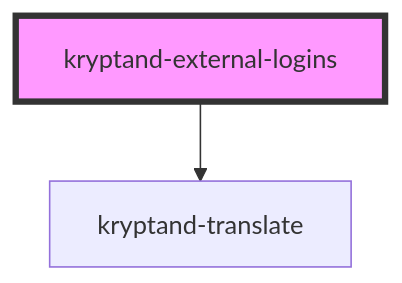
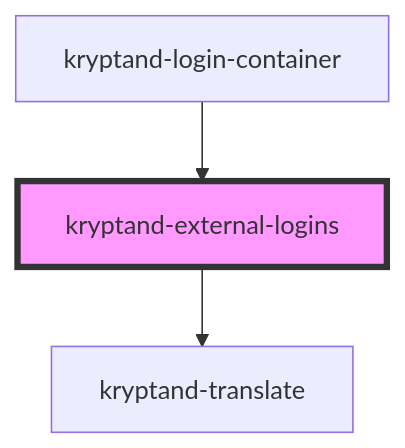
One commit to Kryptand/authentication changed the diagram in libs/web/authentication/shared/ui/src/components/external-logins/readme.md. Above: the diagram before and after it, drawn with Mermaid. The commit also changed other lines of this file and 45 other files, not shown here.

````diff
--- a/libs/web/authentication/shared/ui/src/components/external-logins/readme.md
+++ b/libs/web/authentication/shared/ui/src/components/external-logins/readme.md
@@ -25,5 +29,6 @@
 ```mermaid
 graph TD;
   kryptand-external-logins --> kryptand-translate
+  kryptand-login-container --> kryptand-external-logins
   style kryptand-external-logins fill:#f9f,stroke:#333,stroke-width:4px
 ```
````
